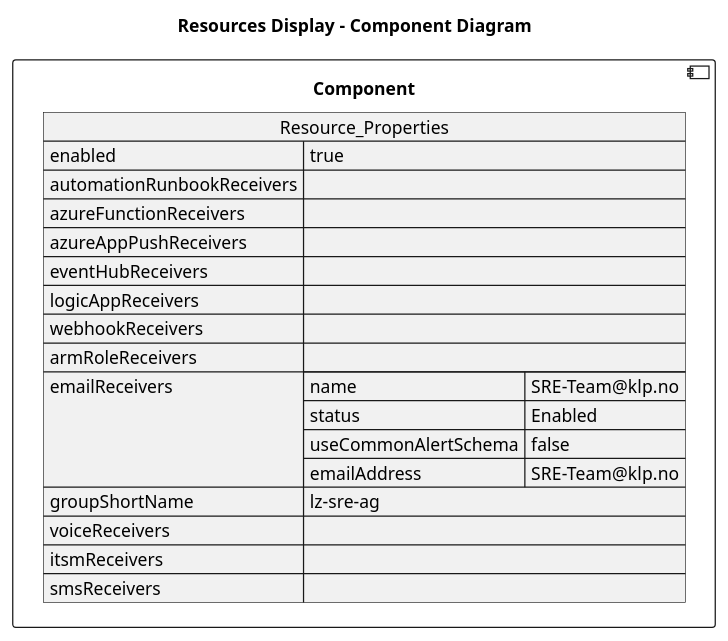
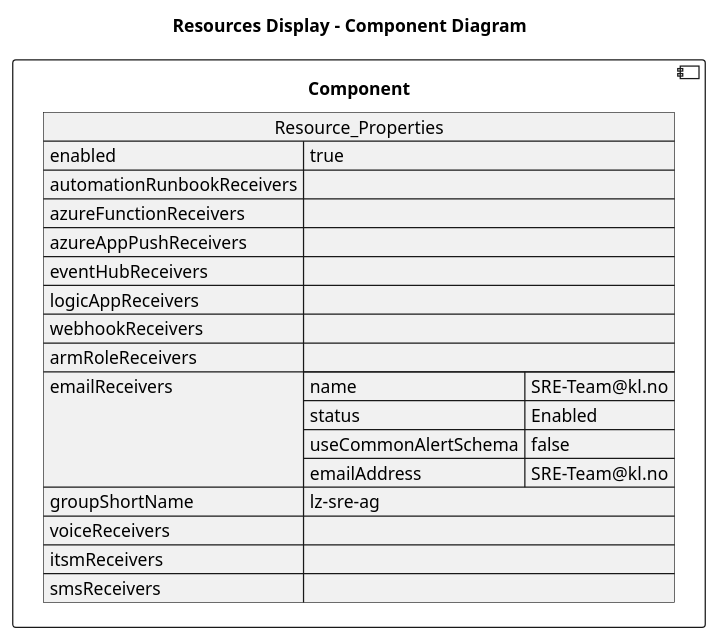
One commit to DanielAmpong/Test-Azure-architecture-diagram changed the diagram in architectureDesign/PUML/lz-norwayeast_Resources/lz-sre-ag.puml. Above: the diagram before and after it, drawn with PlantUML. The commit also changed 321 other files, not shown here.

```diff
--- a/architectureDesign/PUML/lz-norwayeast_Resources/lz-sre-ag.puml
+++ b/architectureDesign/PUML/lz-norwayeast_Resources/lz-sre-ag.puml
@@ -1,30 +1,30 @@
 @startuml
 
 title Resources Display - Component Diagram
 
 component Component {
 
 json  Resource_Properties {
   "enabled": true,
   "automationRunbookReceivers": [],
   "azureFunctionReceivers": [],
   "azureAppPushReceivers": [],
   "eventHubReceivers": [],
   "logicAppReceivers": [],
   "webhookReceivers": [],
   "armRoleReceivers": [],
   "emailReceivers": [
     {
-      "name": "SRE-Team@klp.no",
+      "name": "SRE-Team@kl.no",
       "status": "Enabled",
       "useCommonAlertSchema": false,
-      "emailAddress": "SRE-Team@klp.no"
+      "emailAddress": "SRE-Team@kl.no"
     }
   ],
   "groupShortName": "lz-sre-ag",
   "voiceReceivers": [],
   "itsmReceivers": [],
   "smsReceivers": []
 }
 }
 @enduml
```
